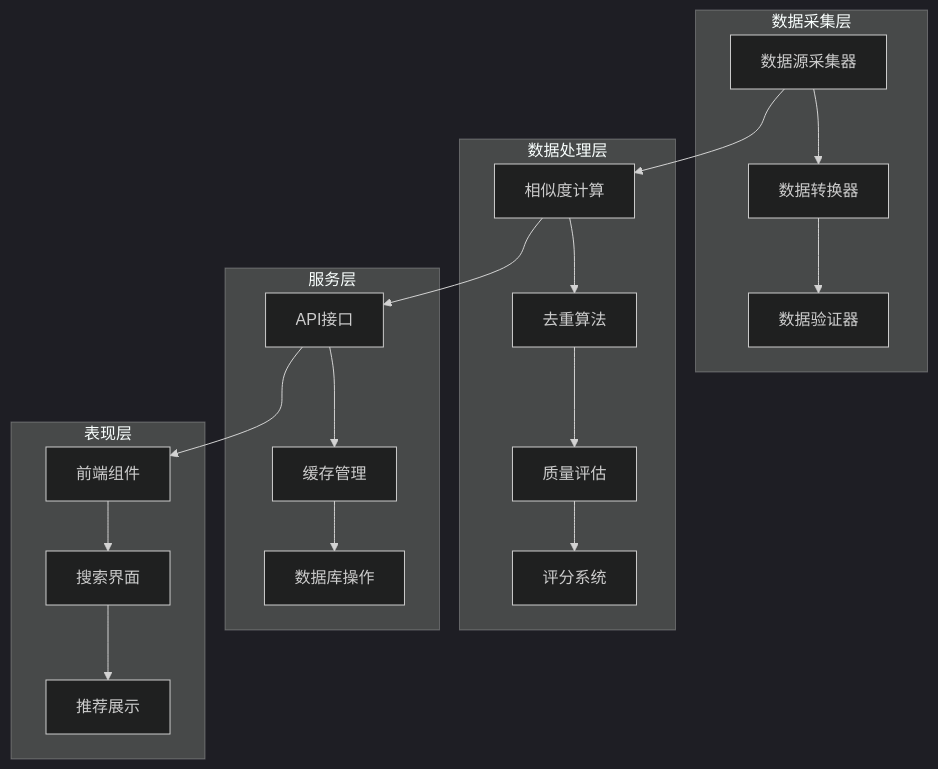
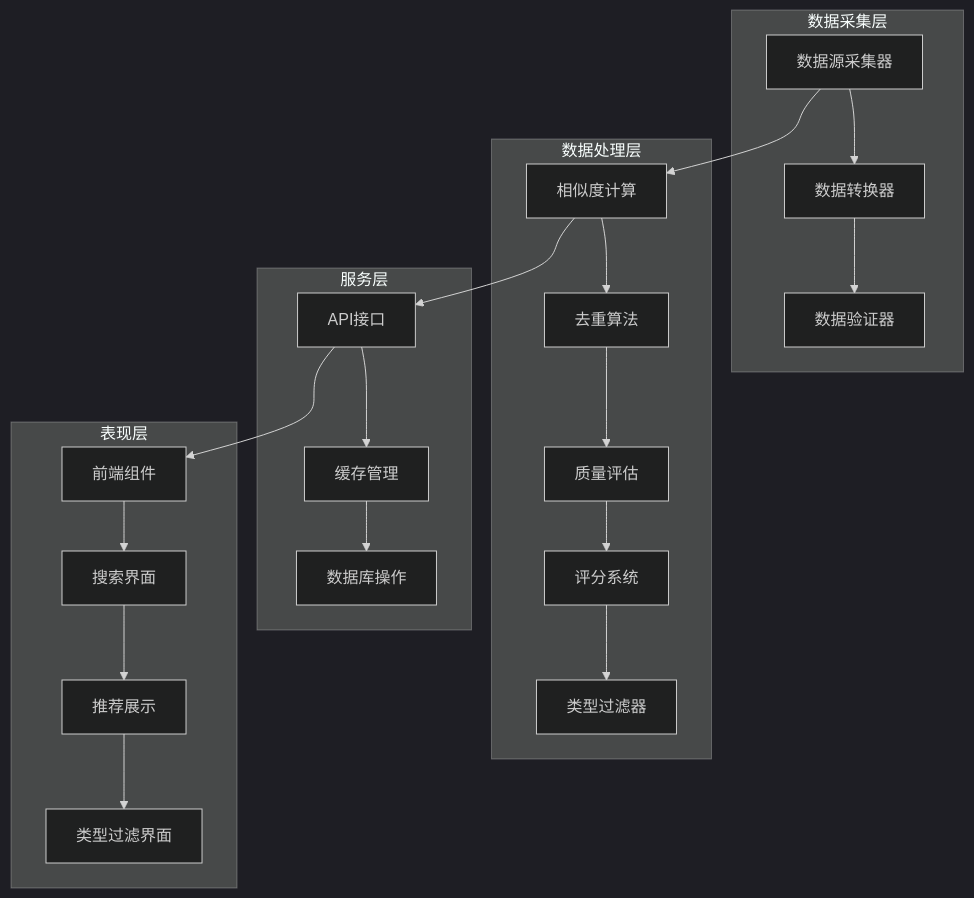
Before and after one commit to ititjjy/AITrip-plan: diagram 13 of 15 in .qoder/repowiki/zh/content/项目概述/核心功能特性/POI搜索与推荐系统.md, drawn with Mermaid (dark theme). The commit also changed other lines of this file and 144 other files, not shown here.

````diff
--- a/.qoder/repowiki/zh/content/项目概述/核心功能特性/POI搜索与推荐系统.md
+++ b/.qoder/repowiki/zh/content/项目概述/核心功能特性/POI搜索与推荐系统.md
@@ -369,23 +515,25 @@
 ```mermaid
 graph TB
 subgraph "数据采集层"
 A[数据源采集器] --> B[数据转换器]
 B --> C[数据验证器]
 end
 subgraph "数据处理层"
 D[相似度计算] --> E[去重算法]
 E --> F[质量评估]
 F --> G[评分系统]
+G --> H[类型过滤器]
 end
 subgraph "服务层"
-H[API接口] --> I[缓存管理]
-I --> J[数据库操作]
+I[API接口] --> J[缓存管理]
+J --> K[数据库操作]
 end
 subgraph "表现层"
-K[前端组件] --> L[搜索界面]
-L --> M[推荐展示]
+L[前端组件] --> M[搜索界面]
+M --> N[推荐展示]
+N --> O[类型过滤界面]
 end
 A --> D
-D --> H
-H --> K
+D --> I
+I --> L
 ```
````
